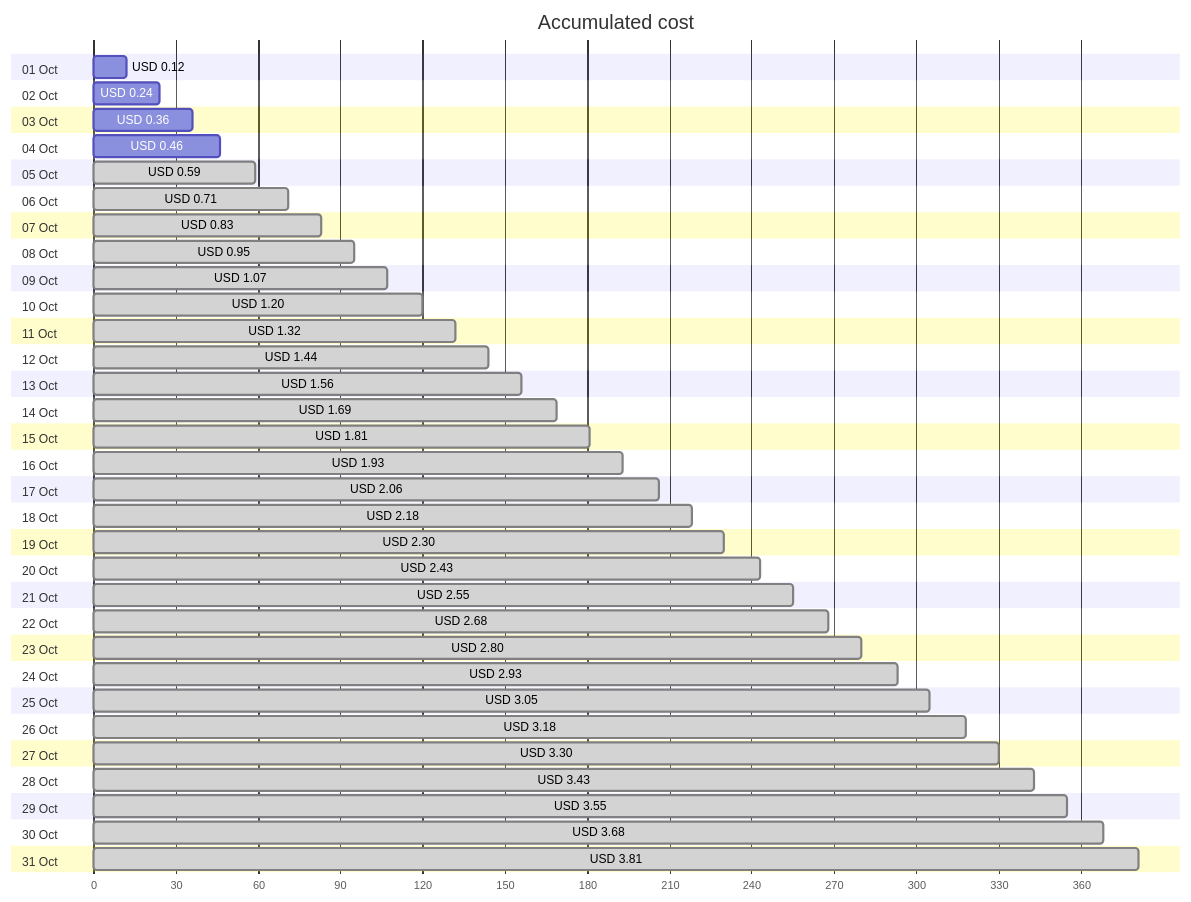
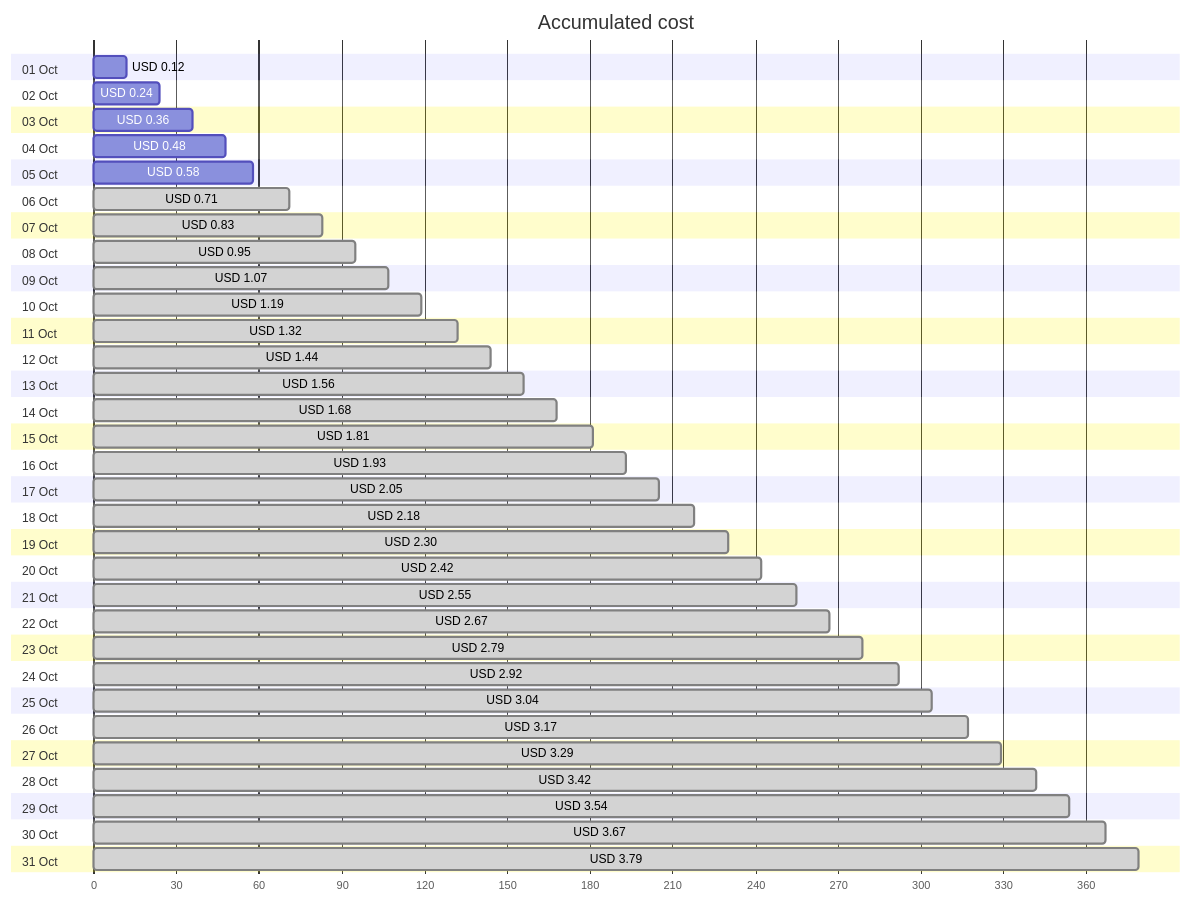
One commit to jpfulton/azure-personal-reports changed the first of 4 diagrams in cost-reports/personal-network/backup-server-public-ip.md. Above: the diagram before and after it, drawn with Mermaid. The commit also changed other lines of this file and 8 other files, not shown here.

````diff
--- a/cost-reports/personal-network/backup-server-public-ip.md
+++ b/cost-reports/personal-network/backup-server-public-ip.md
@@ -20,68 +20,68 @@
 ```mermaid
 gantt
    title Accumulated cost
    dateFormat  X
    axisFormat %s
    section 01 Oct
    USD 0.12 :0, 12
    section 02 Oct
    USD 0.24 :0, 24
    section 03 Oct
    USD 0.36 :0, 36
    section 04 Oct
-   USD 0.46 :0, 46
+   USD 0.48 :0, 48
    section 05 Oct
-   USD 0.59 : done, 0, 59
+   USD 0.58 :0, 58
    section 06 Oct
    USD 0.71 : done, 0, 71
    section 07 Oct
    USD 0.83 : done, 0, 83
    section 08 Oct
    USD 0.95 : done, 0, 95
    section 09 Oct
    USD 1.07 : done, 0, 107
    section 10 Oct
-   USD 1.20 : done, 0, 120
+   USD 1.19 : done, 0, 119
    section 11 Oct
    USD 1.32 : done, 0, 132
    section 12 Oct
    USD 1.44 : done, 0, 144
    section 13 Oct
    USD 1.56 : done, 0, 156
    section 14 Oct
-   USD 1.69 : done, 0, 169
+   USD 1.68 : done, 0, 168
    section 15 Oct
    USD 1.81 : done, 0, 181
    section 16 Oct
    USD 1.93 : done, 0, 193
    section 17 Oct
-   USD 2.06 : done, 0, 206
+   USD 2.05 : done, 0, 205
    section 18 Oct
    USD 2.18 : done, 0, 218
    section 19 Oct
    USD 2.30 : done, 0, 230
    section 20 Oct
-   USD 2.43 : done, 0, 243
+   USD 2.42 : done, 0, 242
    section 21 Oct
    USD 2.55 : done, 0, 255
    section 22 Oct
-   USD 2.68 : done, 0, 268
+   USD 2.67 : done, 0, 267
    section 23 Oct
-   USD 2.80 : done, 0, 280
+   USD 2.79 : done, 0, 279
    section 24 Oct
-   USD 2.93 : done, 0, 293
+   USD 2.92 : done, 0, 292
    section 25 Oct
-   USD 3.05 : done, 0, 305
+   USD 3.04 : done, 0, 304
    section 26 Oct
-   USD 3.18 : done, 0, 318
+   USD 3.17 : done, 0, 317
    section 27 Oct
-   USD 3.30 : done, 0, 330
+   USD 3.29 : done, 0, 329
    section 28 Oct
-   USD 3.43 : done, 0, 343
+   USD 3.42 : done, 0, 342
    section 29 Oct
-   USD 3.55 : done, 0, 355
+   USD 3.54 : done, 0, 354
    section 30 Oct
-   USD 3.68 : done, 0, 368
+   USD 3.67 : done, 0, 367
    section 31 Oct
-   USD 3.81 : done, 0, 381
+   USD 3.79 : done, 0, 379
 ```
````
